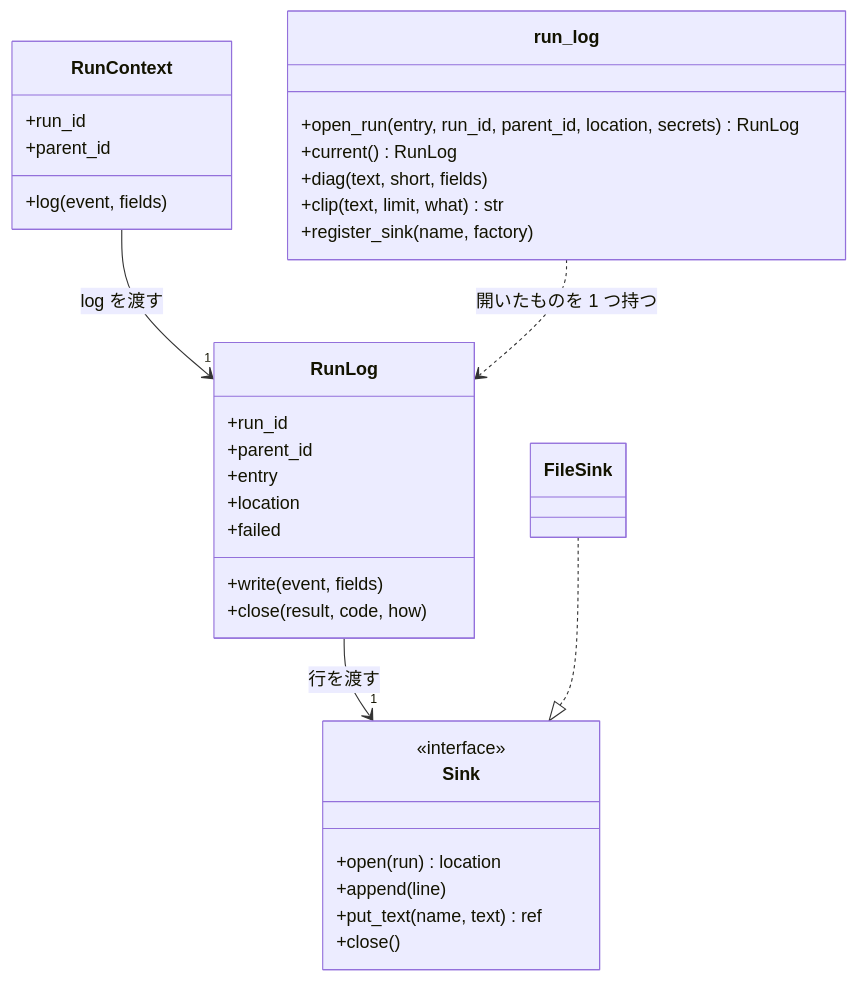
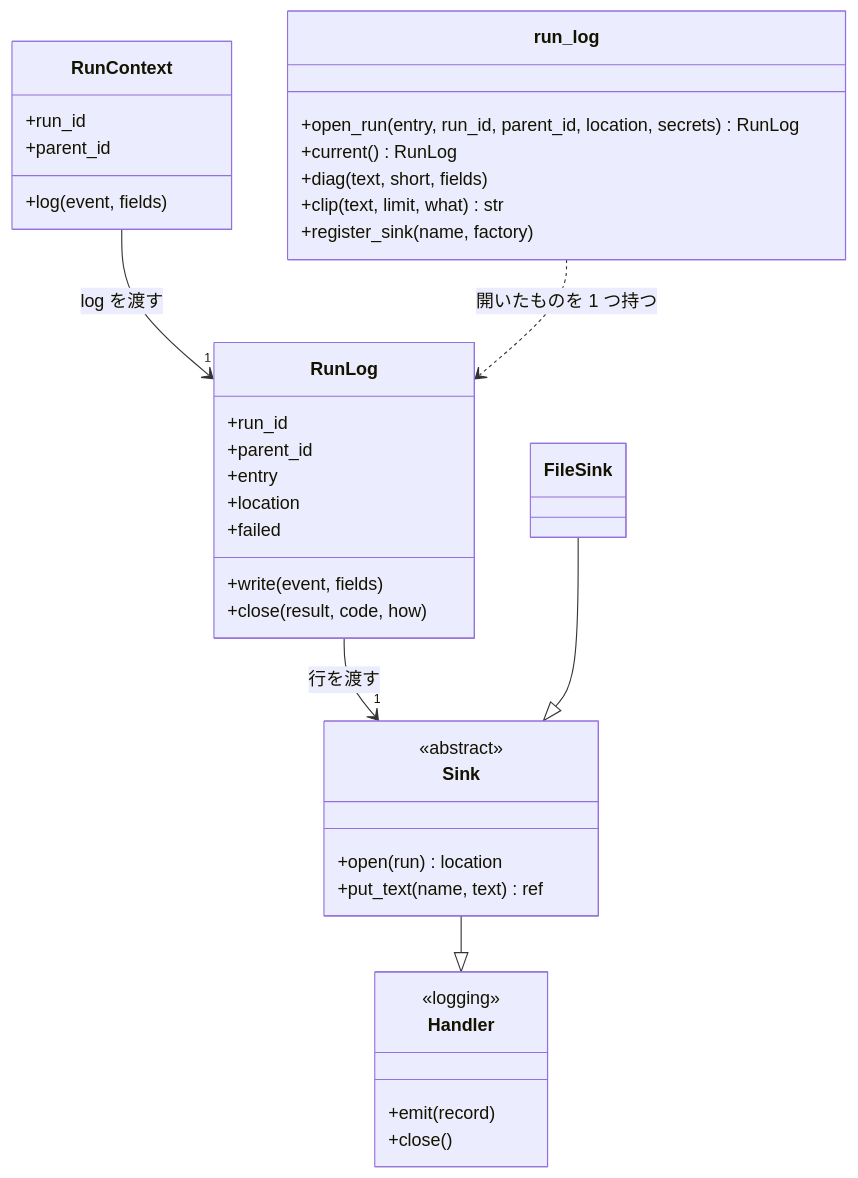
The third of 5 diagrams in issues/issue-2338-design.md (devbasex/ai-plugins), drawn with Mermaid before and after one commit. The commit also changed other lines of this file and 4 other files, not shown here.

````diff
--- a/issues/issue-2338-design.md
+++ b/issues/issue-2338-design.md
@@ -209,36 +231,40 @@
 ```mermaid
 classDiagram
     class RunLog {
         +run_id
         +parent_id
         +entry
         +location
         +failed
         +write(event, fields)
         +close(result, code, how)
     }
+    class Handler {
+        <<logging>>
+        +emit(record)
+        +close()
+    }
     class Sink {
-        <<interface>>
+        <<abstract>>
         +open(run) location
-        +append(line)
         +put_text(name, text) ref
-        +close()
     }
     class FileSink
     class RunContext {
         +run_id
         +parent_id
         +log(event, fields)
     }
     class run_log {
         +open_run(entry, run_id, parent_id, location, secrets) RunLog
         +current() RunLog
         +diag(text, short, fields)
         +clip(text, limit, what) str
         +register_sink(name, factory)
     }
     RunContext --> "1" RunLog : log を渡す
     RunLog --> "1" Sink : 行を渡す
-    FileSink ..|> Sink
+    Sink --|> Handler
+    FileSink --|> Sink
     run_log ..> RunLog : 開いたものを 1 つ持つ
 ```
````
